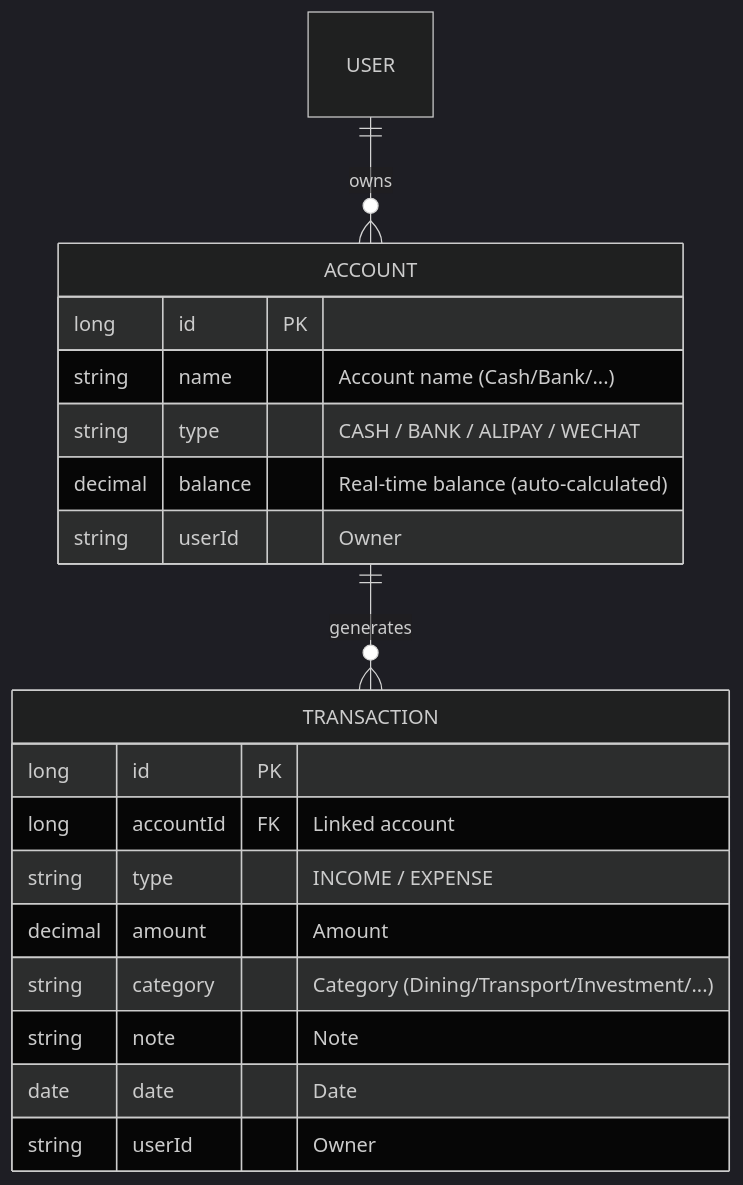
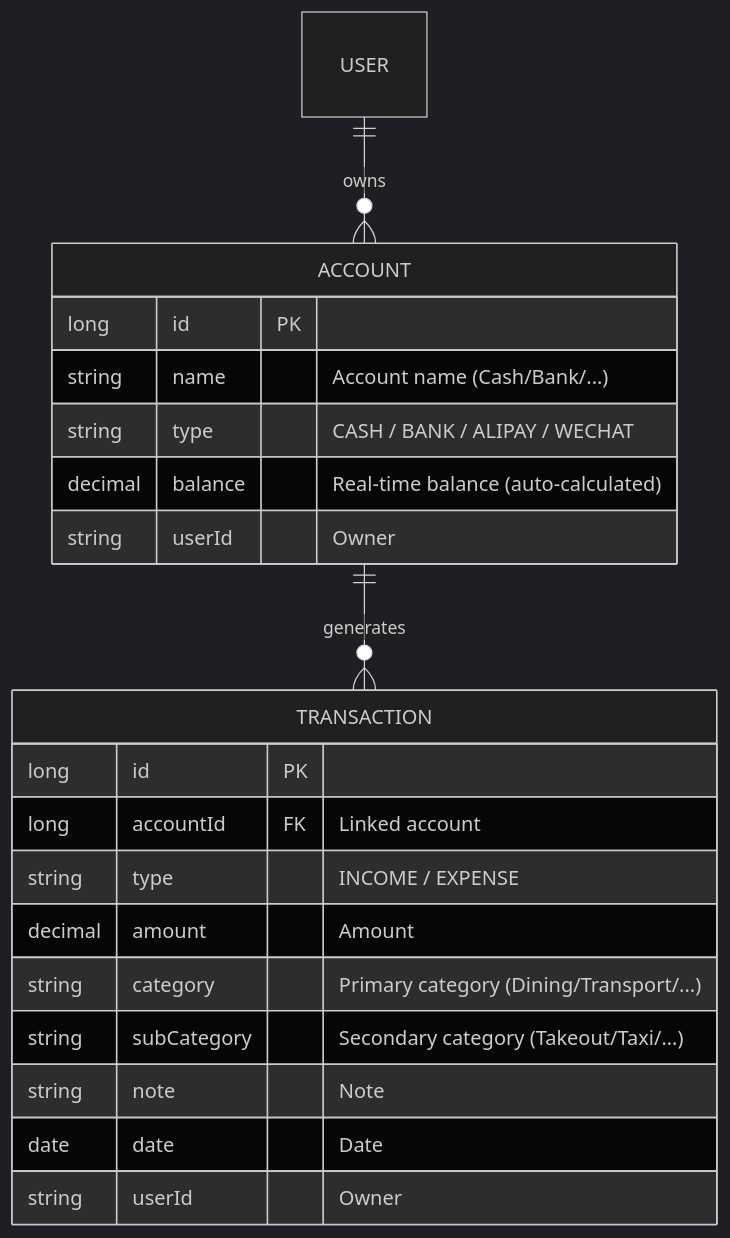
Before and after one commit to reallyhwc/test-learn-agent: the third of 4 diagrams in README_EN.md, drawn with Mermaid (dark theme). The commit also changed other lines of this file and 2 other files, not shown here.

````diff
--- a/README_EN.md
+++ b/README_EN.md
@@ -134,24 +164,25 @@
 ```mermaid
 erDiagram
     USER ||--o{ ACCOUNT : "owns"
     ACCOUNT ||--o{ TRANSACTION : "generates"
-    
+
     ACCOUNT {
         long id PK
         string name "Account name (Cash/Bank/...)"
         string type "CASH / BANK / ALIPAY / WECHAT"
         decimal balance "Real-time balance (auto-calculated)"
         string userId "Owner"
     }
-    
+
     TRANSACTION {
         long id PK
         long accountId FK "Linked account"
         string type "INCOME / EXPENSE"
         decimal amount "Amount"
-        string category "Category (Dining/Transport/Investment/...)"
+        string category "Primary category (Dining/Transport/...)"
+        string subCategory "Secondary category (Takeout/Taxi/...)"
         string note "Note"
         date date "Date"
         string userId "Owner"
     }
 ```
````
